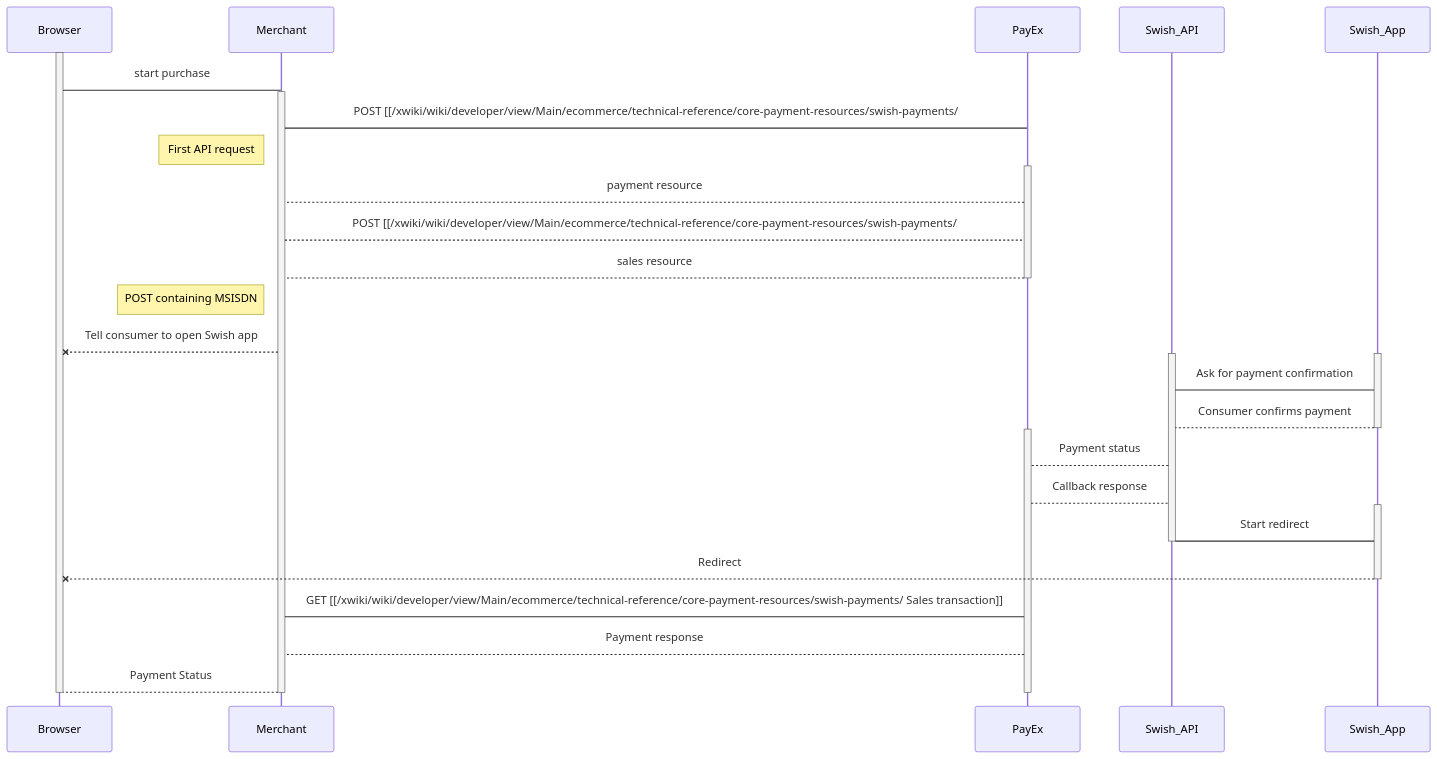
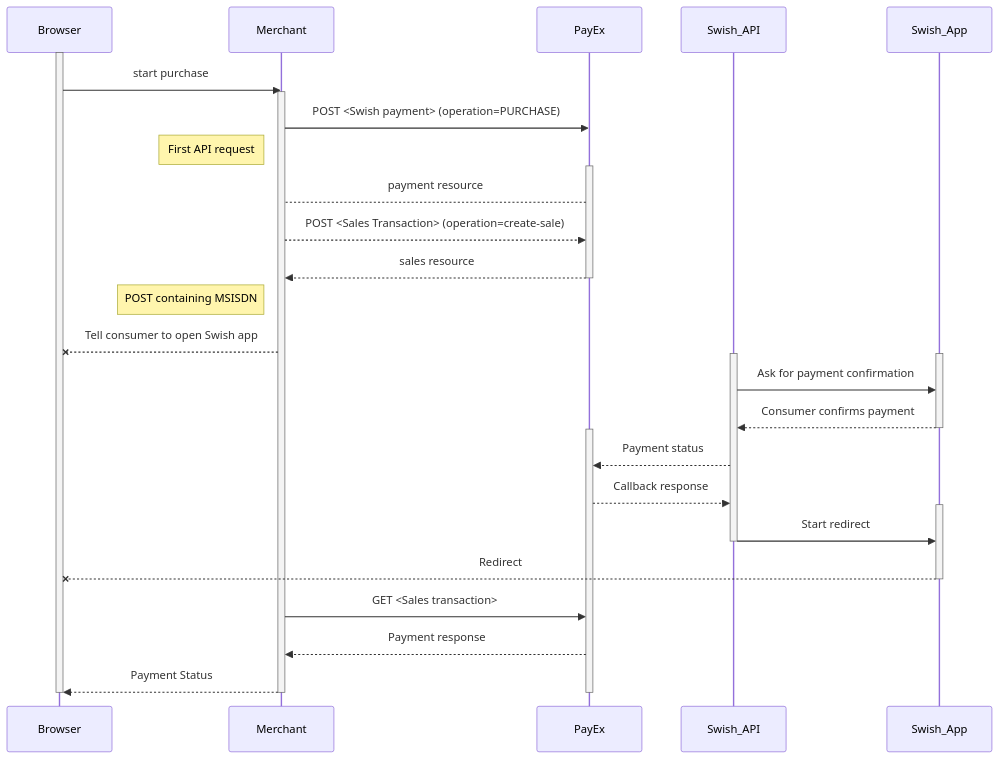
One commit to SwedbankPay/developer.swedbankpay.com changed the first of 7 diagrams in payments/swish/index.md. Above: the diagram before and after it, drawn with Mermaid. The commit also changed other lines of this file, not shown here.

Commit message:
dx-256 fix line lengths in swish index

````diff
--- a/payments/swish/index.md
+++ b/payments/swish/index.md
@@ -107,39 +159,39 @@
 ```mermaid
 sequenceDiagram
   Activate Browser
-  Browser->Merchant: start purchase
+  Browser->>Merchant: start purchase
   Activate Merchant
-  Merchant->PayEx: POST [[/xwiki/wiki/developer/view/Main/ecommerce/technical-reference/core-payment-resources/swish-payments/#HCreate Swish payments]] (operation=PURCHASE)
+  Merchant->>PayEx: POST <Swish payment> (operation=PURCHASE)
   note left of Merchant: First API request
   Activate PayEx
   PayEx-->Merchant: payment resource
 
-  Merchant-->PayEx: POST [[/xwiki/wiki/developer/view/Main/ecommerce/technical-reference/core-payment-resources/swish-payments/#HCreate_Sale Create Sales Transaction]] (operation=create-sale)
-  PayEx-->Merchant: sales resource
+  Merchant-->>PayEx: POST <Sales Transaction> (operation=create-sale)
+  PayEx-->>Merchant: sales resource
   Deactivate PayEx
   
   note left of Merchant: POST containing MSISDN
   Merchant--xBrowser: Tell consumer to open Swish app
   
   Activate Swish_API
   Activate Swish_App
-  Swish_API->Swish_App: Ask for payment confirmation
-  Swish_App-->Swish_API: Consumer confirms payment
+  Swish_API->>Swish_App: Ask for payment confirmation
+  Swish_App-->>Swish_API: Consumer confirms payment
   Deactivate Swish_App
 
   Activate PayEx
-  Swish_API-->PayEx: Payment status
-  PayEx-->Swish_API: Callback response
+  Swish_API-->>PayEx: Payment status
+  PayEx-->>Swish_API: Callback response
   Activate Swish_App
-  Swish_API->Swish_App: Start redirect
+  Swish_API->>Swish_App: Start redirect
   Deactivate Swish_API
   
   Swish_App--xBrowser: Redirect
   Deactivate Swish_App
-  Merchant->PayEx: GET [[/xwiki/wiki/developer/view/Main/ecommerce/technical-reference/core-payment-resources/swish-payments/ Sales transaction]]
-  PayEx-->Merchant: Payment response
-  Merchant-->Browser: Payment Status
+  Merchant->>PayEx: GET <Sales transaction>
+  PayEx-->>Merchant: Payment response
+  Merchant-->>Browser: Payment Status
   Deactivate Merchant 
   Deactivate Browser
   Deactivate PayEx
 ```
````
